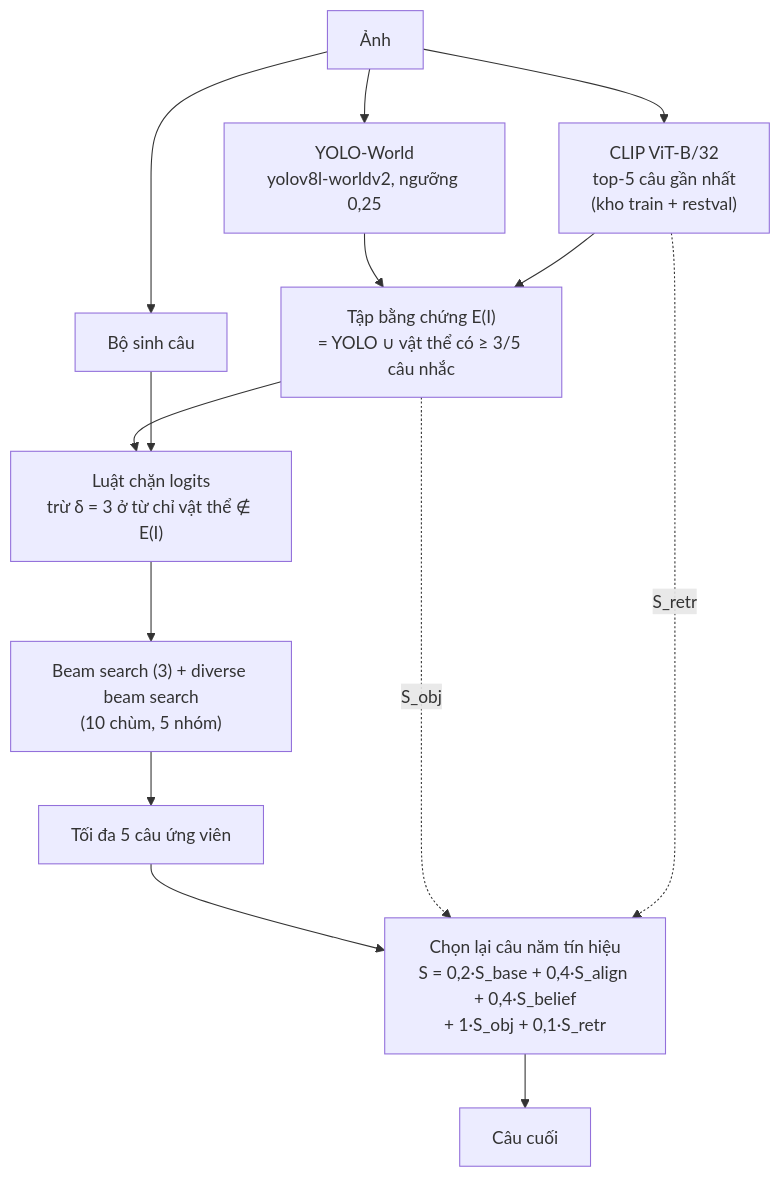
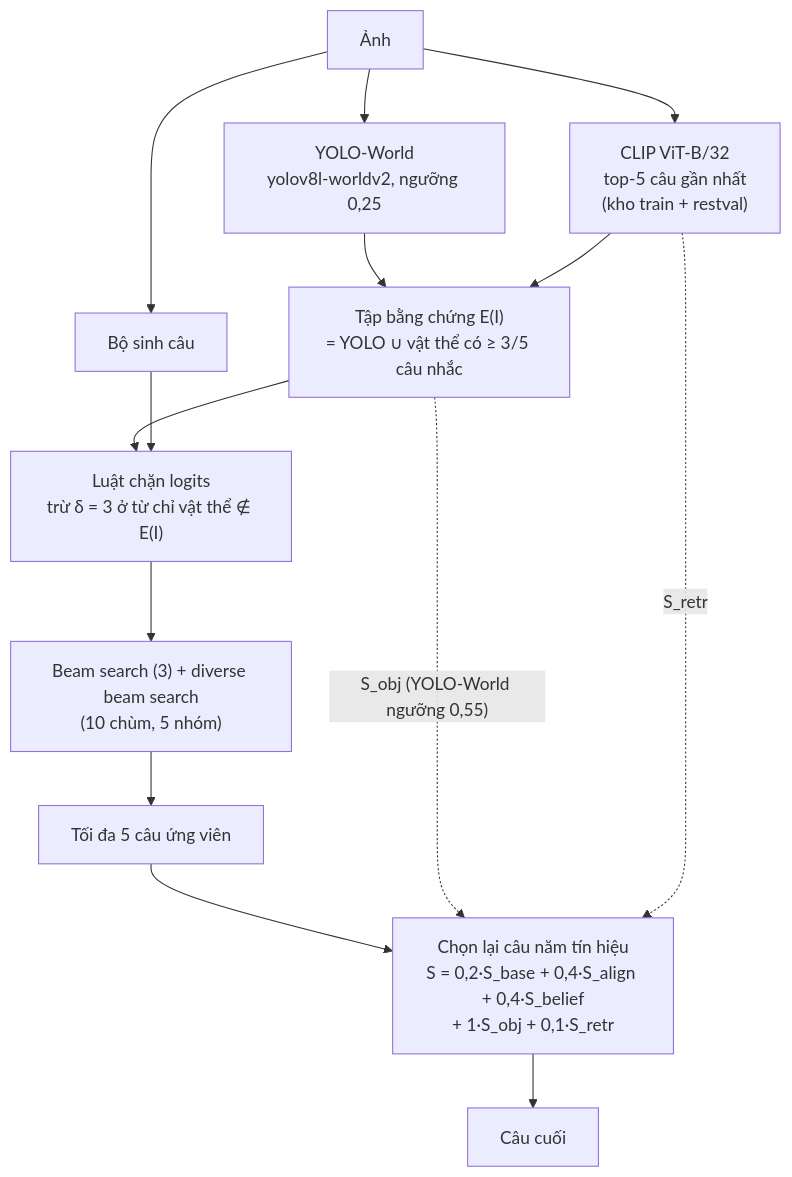
The second of 2 diagrams in README.md (Thinha1/Hallucination-Reduce-Image-Captioning), drawn with Mermaid before and after one commit. The commit also changed other lines of this file and 1 other file, not shown here.

````diff
--- a/README.md
+++ b/README.md
@@ -40,16 +40,16 @@
 ```mermaid
 flowchart TD
     IMG["Ảnh"] --> YOLO["YOLO-World<br/>yolov8l-worldv2, ngưỡng 0,25"]
     IMG --> RET["CLIP ViT-B/32<br/>top-5 câu gần nhất<br/>(kho train + restval)"]
     IMG --> GEN["Bộ sinh câu"]
     YOLO --> EV["Tập bằng chứng E(I)<br/>= YOLO ∪ vật thể có ≥ 3/5 câu nhắc"]
     RET --> EV
     EV --> BLOCK["Luật chặn logits<br/>trừ δ = 3 ở từ chỉ vật thể ∉ E(I)"]
     GEN --> BLOCK
     BLOCK --> BEAM["Beam search (3) + diverse beam search<br/>(10 chùm, 5 nhóm)"]
     BEAM --> CAND["Tối đa 5 câu ứng viên"]
     CAND --> RERANK["Chọn lại câu năm tín hiệu<br/>S = 0,2·S_base + 0,4·S_align + 0,4·S_belief<br/>+ 1·S_obj + 0,1·S_retr"]
-    EV -. "S_obj" .-> RERANK
+    EV -. "S_obj (YOLO-World ngưỡng 0,55)" .-> RERANK
     RET -. "S_retr" .-> RERANK
     RERANK --> OUT["Câu cuối"]
 ```
````
